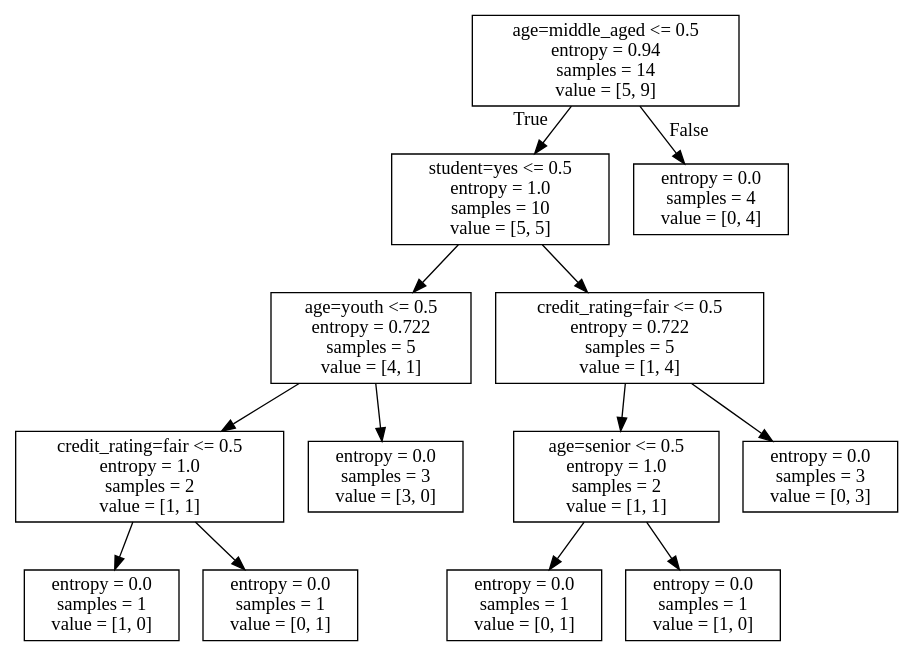
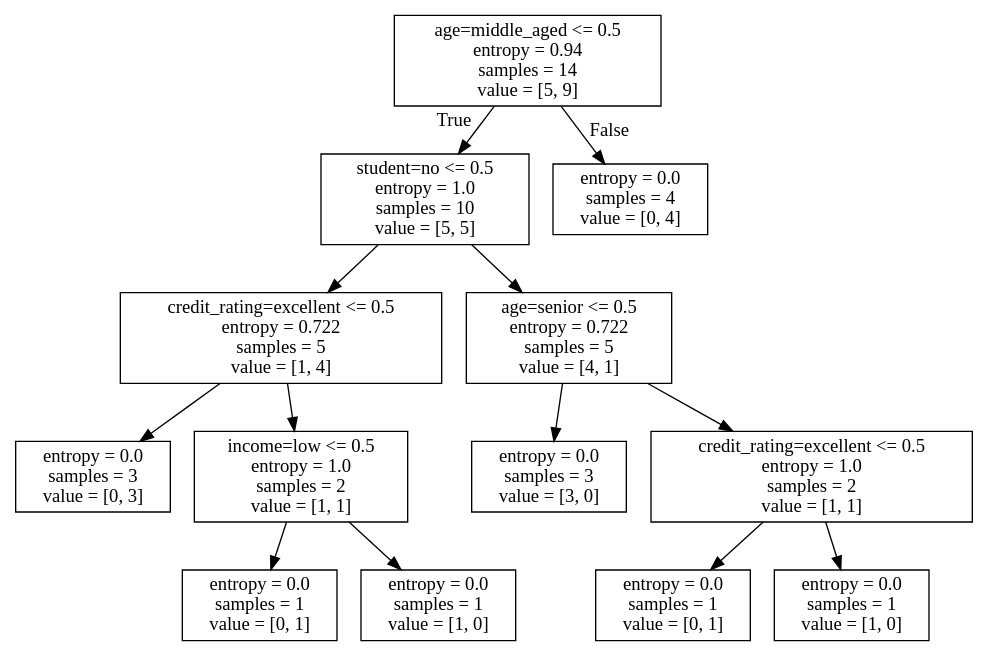
Before and after one commit to Ja0ck5/DeepLearningDemo: the diagram in DecisionTree/allElectronicInformationGainOri.dot, drawn with Graphviz. The commit also changed 1 other file, not shown here.

```diff
--- a/DecisionTree/allElectronicInformationGainOri.dot
+++ b/DecisionTree/allElectronicInformationGainOri.dot
@@ -1,28 +1,28 @@
 digraph Tree {
 node [shape=box] ;
 0 [label="age=middle_aged <= 0.5\nentropy = 0.94\nsamples = 14\nvalue = [5, 9]"] ;
-1 [label="student=yes <= 0.5\nentropy = 1.0\nsamples = 10\nvalue = [5, 5]"] ;
+1 [label="student=no <= 0.5\nentropy = 1.0\nsamples = 10\nvalue = [5, 5]"] ;
 0 -> 1 [labeldistance=2.5, labelangle=45, headlabel="True"] ;
-2 [label="age=youth <= 0.5\nentropy = 0.722\nsamples = 5\nvalue = [4, 1]"] ;
+2 [label="credit_rating=excellent <= 0.5\nentropy = 0.722\nsamples = 5\nvalue = [1, 4]"] ;
 1 -> 2 ;
-3 [label="credit_rating=fair <= 0.5\nentropy = 1.0\nsamples = 2\nvalue = [1, 1]"] ;
+3 [label="entropy = 0.0\nsamples = 3\nvalue = [0, 3]"] ;
 2 -> 3 ;
-4 [label="entropy = 0.0\nsamples = 1\nvalue = [1, 0]"] ;
-3 -> 4 ;
+4 [label="income=low <= 0.5\nentropy = 1.0\nsamples = 2\nvalue = [1, 1]"] ;
+2 -> 4 ;
 5 [label="entropy = 0.0\nsamples = 1\nvalue = [0, 1]"] ;
-3 -> 5 ;
-6 [label="entropy = 0.0\nsamples = 3\nvalue = [3, 0]"] ;
-2 -> 6 ;
-7 [label="credit_rating=fair <= 0.5\nentropy = 0.722\nsamples = 5\nvalue = [1, 4]"] ;
+4 -> 5 ;
+6 [label="entropy = 0.0\nsamples = 1\nvalue = [1, 0]"] ;
+4 -> 6 ;
+7 [label="age=senior <= 0.5\nentropy = 0.722\nsamples = 5\nvalue = [4, 1]"] ;
 1 -> 7 ;
-8 [label="age=senior <= 0.5\nentropy = 1.0\nsamples = 2\nvalue = [1, 1]"] ;
+8 [label="entropy = 0.0\nsamples = 3\nvalue = [3, 0]"] ;
 7 -> 8 ;
-9 [label="entropy = 0.0\nsamples = 1\nvalue = [0, 1]"] ;
-8 -> 9 ;
-10 [label="entropy = 0.0\nsamples = 1\nvalue = [1, 0]"] ;
-8 -> 10 ;
-11 [label="entropy = 0.0\nsamples = 3\nvalue = [0, 3]"] ;
-7 -> 11 ;
+9 [label="credit_rating=excellent <= 0.5\nentropy = 1.0\nsamples = 2\nvalue = [1, 1]"] ;
+7 -> 9 ;
+10 [label="entropy = 0.0\nsamples = 1\nvalue = [0, 1]"] ;
+9 -> 10 ;
+11 [label="entropy = 0.0\nsamples = 1\nvalue = [1, 0]"] ;
+9 -> 11 ;
 12 [label="entropy = 0.0\nsamples = 4\nvalue = [0, 4]"] ;
 0 -> 12 [labeldistance=2.5, labelangle=-45, headlabel="False"] ;
 }
```
